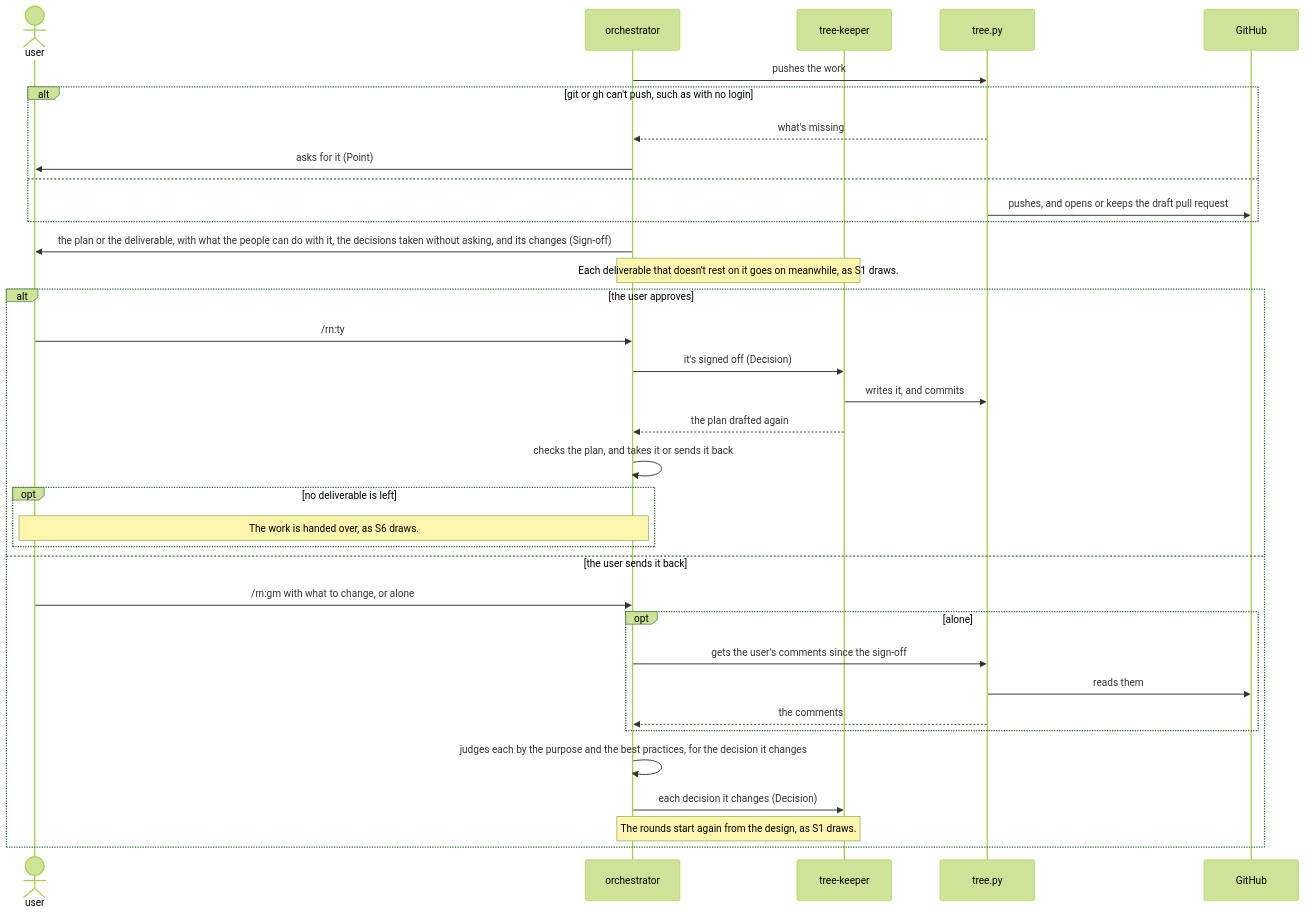
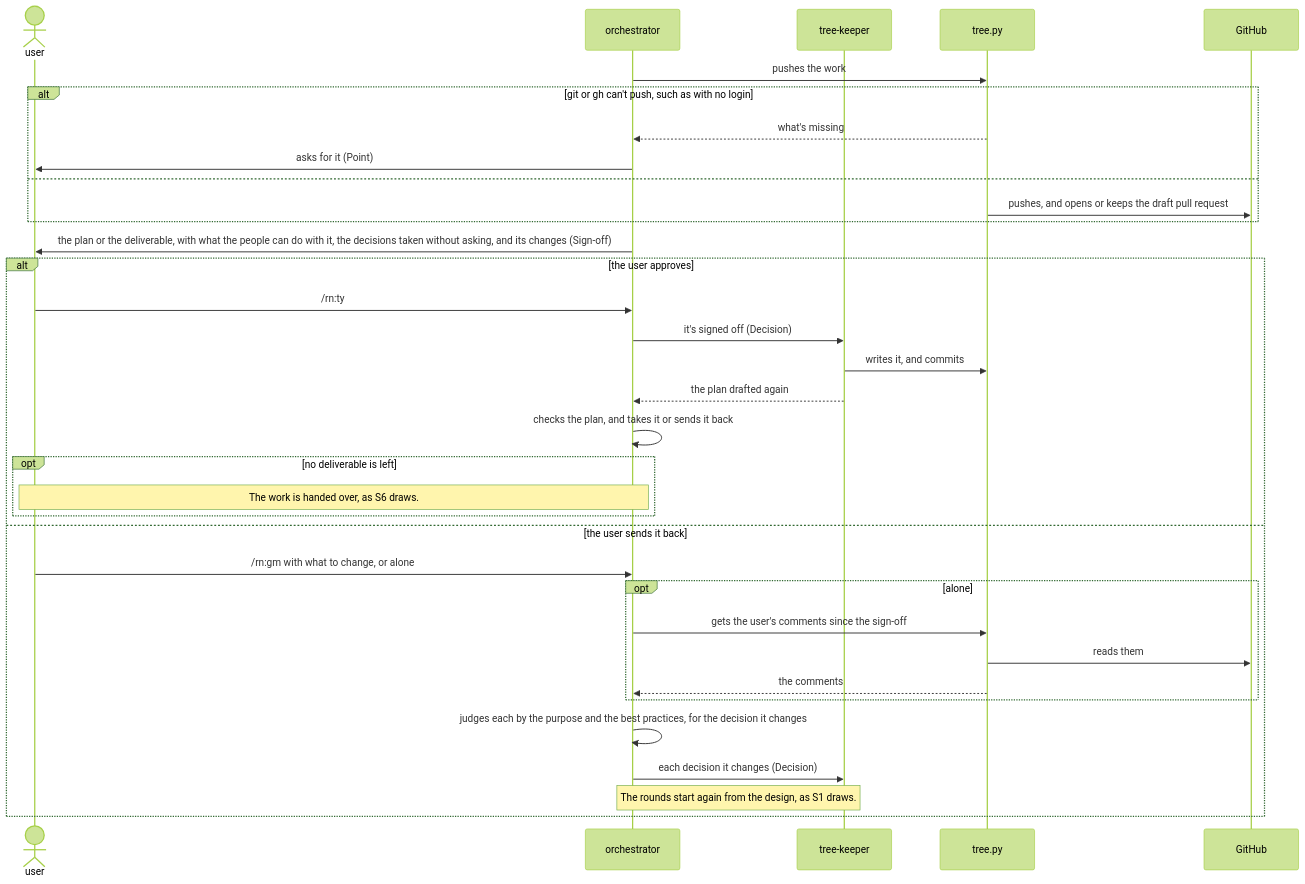
One commit to lovaizu/ccpm changed the third of 6 diagrams in dev/rn/architecture.md. Above: the diagram before and after it, drawn with Mermaid (forest theme). The commit also changed 3 other files, not shown here.

First line of the commit message:
rn: the architecture of rn leaves to rn's agents the work that goes on while a sign-off waits, as the design tree places it, and the deployment figure names what rn's folder holds once.

````diff
--- a/dev/rn/architecture.md
+++ b/dev/rn/architecture.md
@@ -239,37 +239,36 @@
 ```mermaid
 sequenceDiagram
   actor U as user
   participant O as orchestrator
   participant K as tree-keeper
   participant T as tree.py
   participant GH as GitHub
   O->>T: pushes the work
   alt git or gh can't push, such as with no login
     T-->>O: what's missing
     O->>U: asks for it (Point)
   else
     T->>GH: pushes, and opens or keeps the draft pull request
   end
   O->>U: the plan or the deliverable, with what the people can do with it, the decisions taken without asking, and its changes (Sign-off)
-  Note over O,K: Each deliverable that doesn't rest on it goes on meanwhile, as S1 draws.
   alt the user approves
     U->>O: /rn:ty
     O->>K: it's signed off (Decision)
     K->>T: writes it, and commits
     K-->>O: the plan drafted again
     O->>O: checks the plan, and takes it or sends it back
     opt no deliverable is left
       Note over U,O: The work is handed over, as S6 draws.
     end
   else the user sends it back
     U->>O: /rn:gm with what to change, or alone
     opt alone
       O->>T: gets the user's comments since the sign-off
       T->>GH: reads them
       T-->>O: the comments
     end
     O->>O: judges each by the purpose and the best practices, for the decision it changes
     O->>K: each decision it changes (Decision)
     Note over O,K: The rounds start again from the design, as S1 draws.
   end
 ```
````
